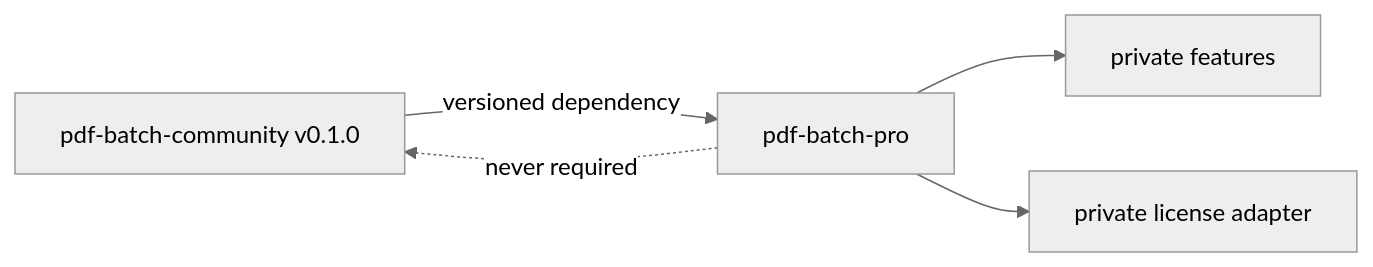
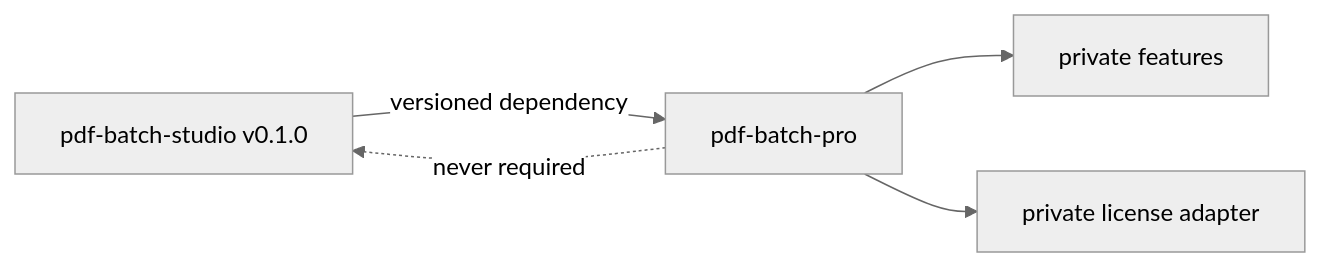
One commit to wasiliy-strecker/pdf-batch-studio changed the diagram in REPO_SPLIT.md. Above: the diagram before and after it, drawn with Mermaid (neutral theme). The commit also changed other lines of this file and 84 other files, not shown here.

First line of the commit message:
Rebrand project as PDF Batch Studio

````diff
--- a/REPO_SPLIT.md
+++ b/REPO_SPLIT.md
@@ -34,7 +34,7 @@
 ```mermaid
 flowchart LR
-    C[pdf-batch-community v0.1.0] -->|versioned dependency| P[pdf-batch-pro]
+    C[pdf-batch-studio v0.1.0] -->|versioned dependency| P[pdf-batch-pro]
     P --> PP[private features]
     P --> LA[private license adapter]
     P -. never required .-> C
 ```
````
